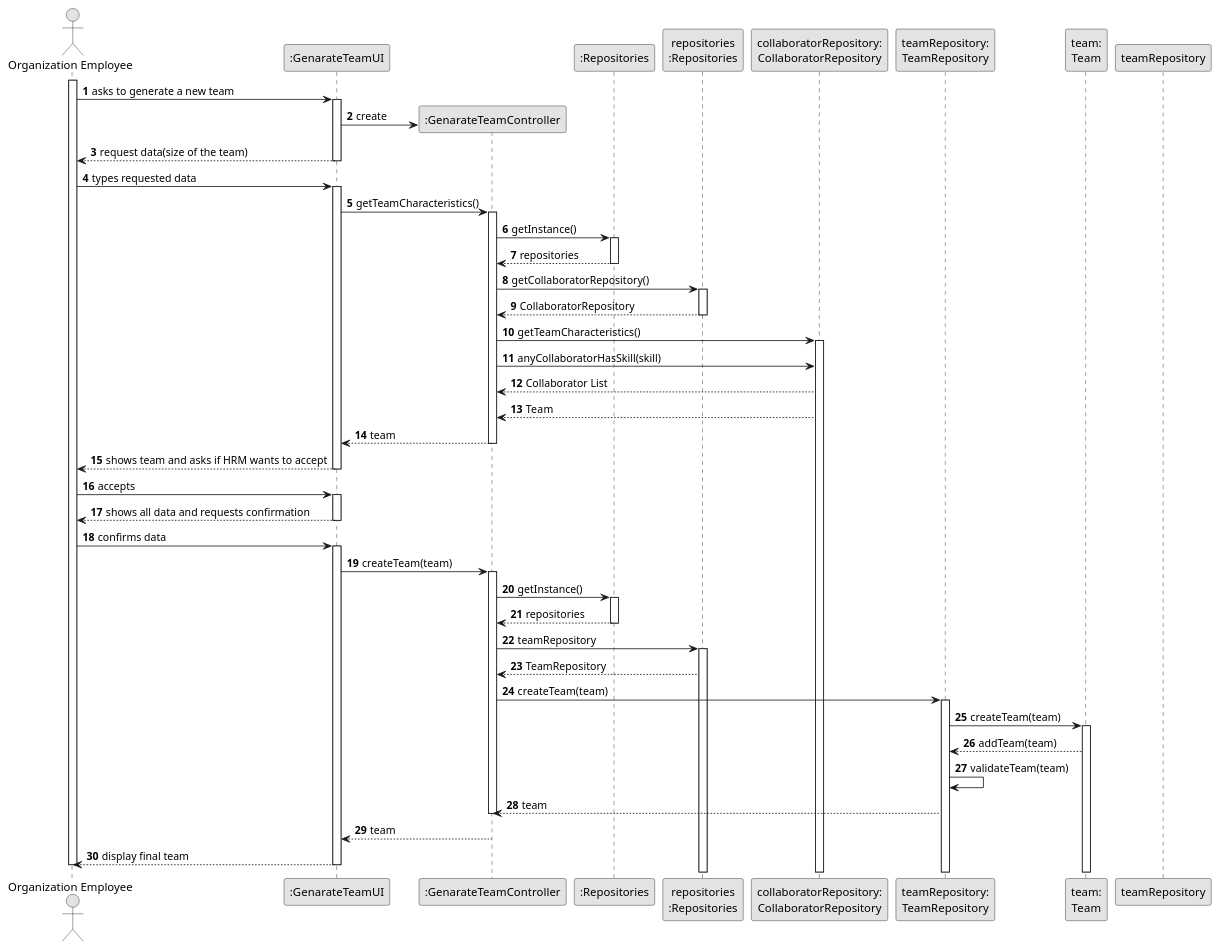
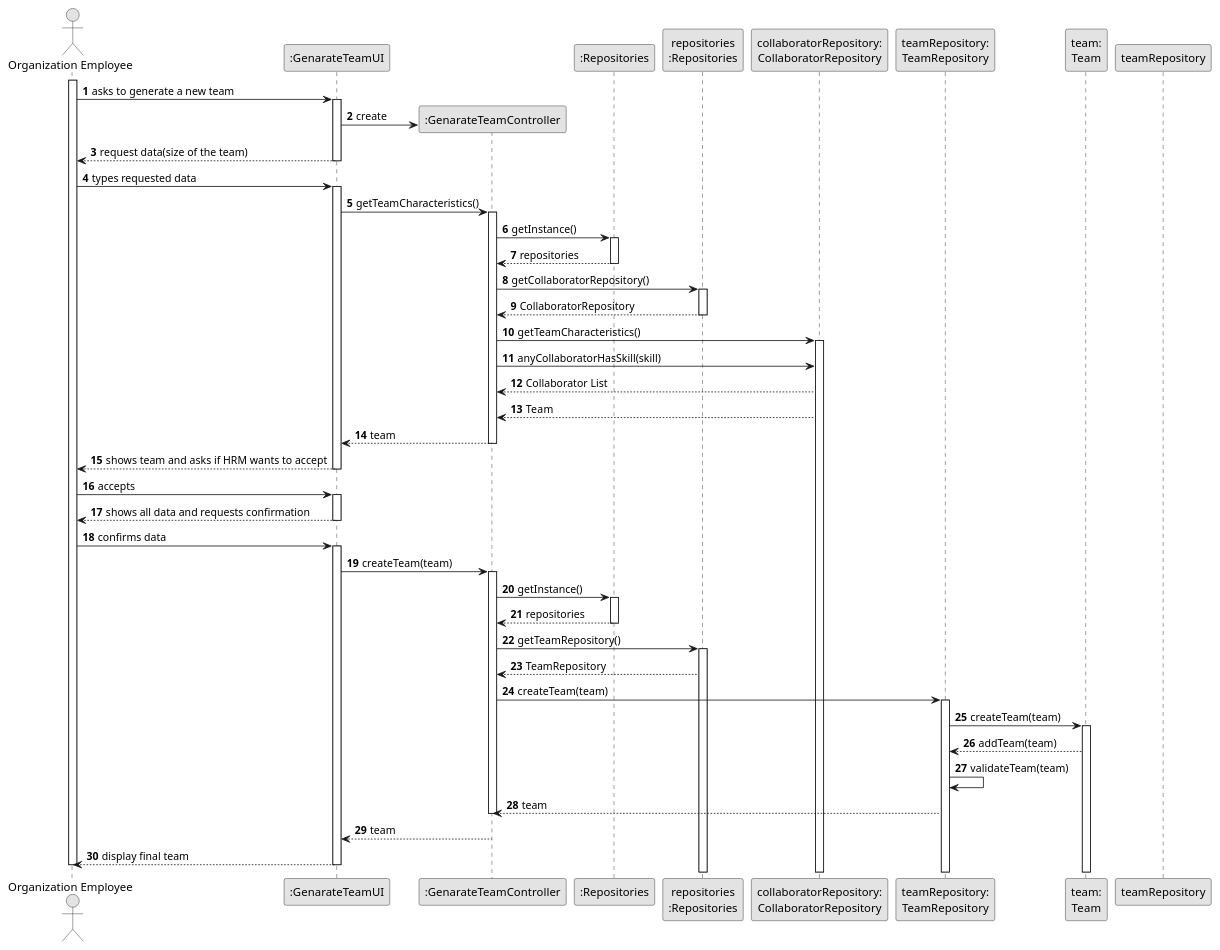
One commit to Departamento-de-Engenharia-Informatica/lei-24-s2-1dkl-g134 changed the diagram in docs/sprintB/us005/03.design/puml/us005-sequence-diagram-full.puml. Above: the diagram before and after it, drawn with PlantUML. The commit also changed 1 other file, not shown here.

Commit message:
Beginning of US05 class diagram

```diff
--- a/docs/sprintB/us005/03.design/puml/us005-sequence-diagram-full.puml
+++ b/docs/sprintB/us005/03.design/puml/us005-sequence-diagram-full.puml
@@ -1,113 +1,113 @@
 @startuml
 skinparam monochrome true
 skinparam packageStyle rectangle
 skinparam shadowing false
 
 autonumber
 
 'hide footbox
 actor "Organization Employee" as ADM
 participant ":GenarateTeamUI" as UI
 participant ":GenarateTeamController" as CTRL
 participant ":Repositories" as RepositorySingleton
 participant "repositories\n:Repositories" as PLAT
 participant "collaboratorRepository:\nCollaboratorRepository" as CollaboratorRepository
 participant "teamRepository:\nTeamRepository" as TeamRepository
 participant "team:\nTeam" as Team
 activate ADM
 
         ADM -> UI : asks to generate a new team
 
         activate UI
 
 '
             UI -> CTRL** : create
 
             UI --> ADM : request data(size of the team)
             deactivate UI
 
             ADM -> UI : types requested data
             activate UI
 
 
             UI -> CTRL: getTeamCharacteristics()
             activate CTRL
 
 
 
 
 
                 CTRL -> RepositorySingleton : getInstance()
                 activate RepositorySingleton
 
                     RepositorySingleton --> CTRL: repositories
                 deactivate RepositorySingleton
 
                 CTRL -> PLAT : getCollaboratorRepository()
                 activate PLAT
 
                     PLAT --> CTRL: CollaboratorRepository
                 deactivate PLAT
 
                 CTRL -> CollaboratorRepository : getTeamCharacteristics()
                 activate CollaboratorRepository
 
                     CTRL -> CollaboratorRepository : anyCollaboratorHasSkill(skill)
 
                     CollaboratorRepository --> CTRL: Collaborator List
 
                     CollaboratorRepository --> CTRL: Team
 
 
                 CTRL --> UI : team
             deactivate CTRL
 
             UI --> ADM : shows team and asks if HRM wants to accept
         deactivate UI
 
     ADM -> UI : accepts
     activate UI
 
         UI --> ADM : shows all data and requests confirmation
     deactivate UI
 
     ADM -> UI : confirms data
     activate UI
 
     UI -> CTRL: createTeam(team)
     activate CTRL
 
     CTRL -> RepositorySingleton : getInstance()
     activate RepositorySingleton
 
     RepositorySingleton -->  CTRL : repositories
     deactivate RepositorySingleton
 
-    CTRL -> PLAT: teamRepository
+    CTRL -> PLAT: getTeamRepository()
     activate PLAT
 
     PLAT --> CTRL: TeamRepository
 
     CTRL -> TeamRepository : createTeam(team)
     activate TeamRepository
 
     TeamRepository -> Team: createTeam(team)
     activate Team
 
     Team --> TeamRepository: addTeam(team)
     deactivate teamRepository
 
     TeamRepository -> TeamRepository: validateTeam(team)
 
     TeamRepository --> CTRL: team
     deactivate CTRL
 
     CTRL --> UI: team
 
     UI --> ADM: display final team
 
     deactivate UI
 
 deactivate ADM
 
 @enduml
```
